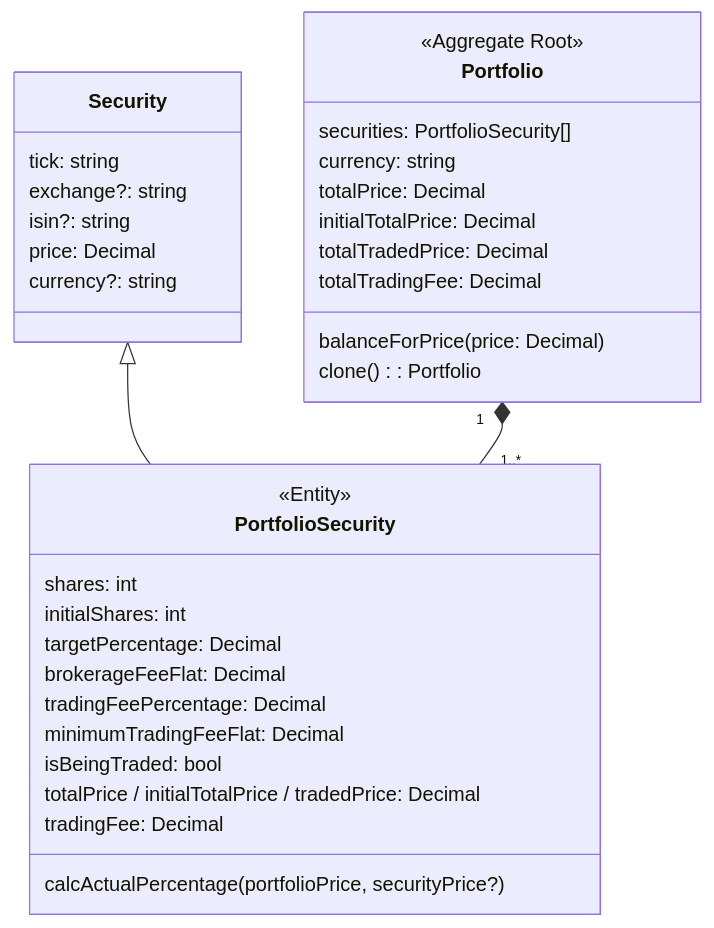
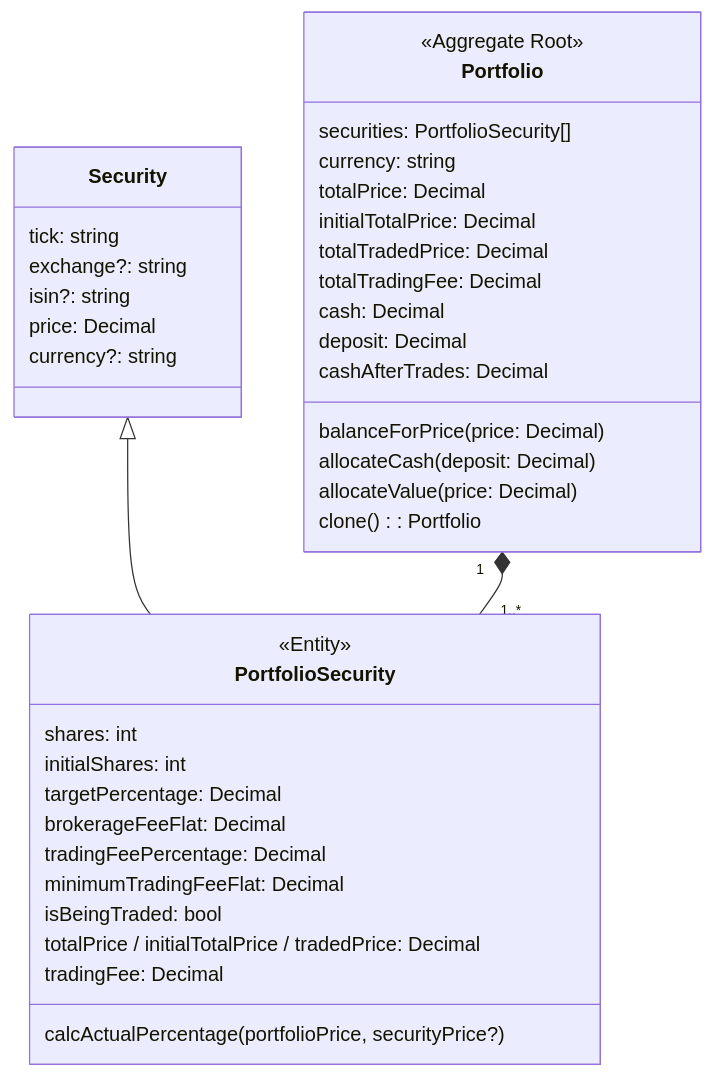
Before and after one commit to armaaar/stock-calc: the second of 2 diagrams in docs/domain/README.md, drawn with Mermaid. The commit also changed 33 other files, not shown here.

````diff
--- a/docs/domain/README.md
+++ b/docs/domain/README.md
@@ -63,36 +63,41 @@
 ```mermaid
 classDiagram
   class Portfolio {
     <<Aggregate Root>>
     securities: PortfolioSecurity[]
     currency: string
     totalPrice: Decimal
     initialTotalPrice: Decimal
     totalTradedPrice: Decimal
     totalTradingFee: Decimal
+    cash: Decimal
+    deposit: Decimal
+    cashAfterTrades: Decimal
     balanceForPrice(price: Decimal)
+    allocateCash(deposit: Decimal)
+    allocateValue(price: Decimal)
     clone(): Portfolio
   }
   class Security {
     tick: string
     exchange?: string
     isin?: string
     price: Decimal
     currency?: string
   }
   class PortfolioSecurity {
     <<Entity>>
     shares: int
     initialShares: int
     targetPercentage: Decimal
     brokerageFeeFlat: Decimal
     tradingFeePercentage: Decimal
     minimumTradingFeeFlat: Decimal
     isBeingTraded: bool
     totalPrice / initialTotalPrice / tradedPrice: Decimal
     tradingFee: Decimal
     calcActualPercentage(portfolioPrice, securityPrice?)
   }
   Security <|-- PortfolioSecurity
   Portfolio "1" *-- "1..*" PortfolioSecurity
 ```
````
